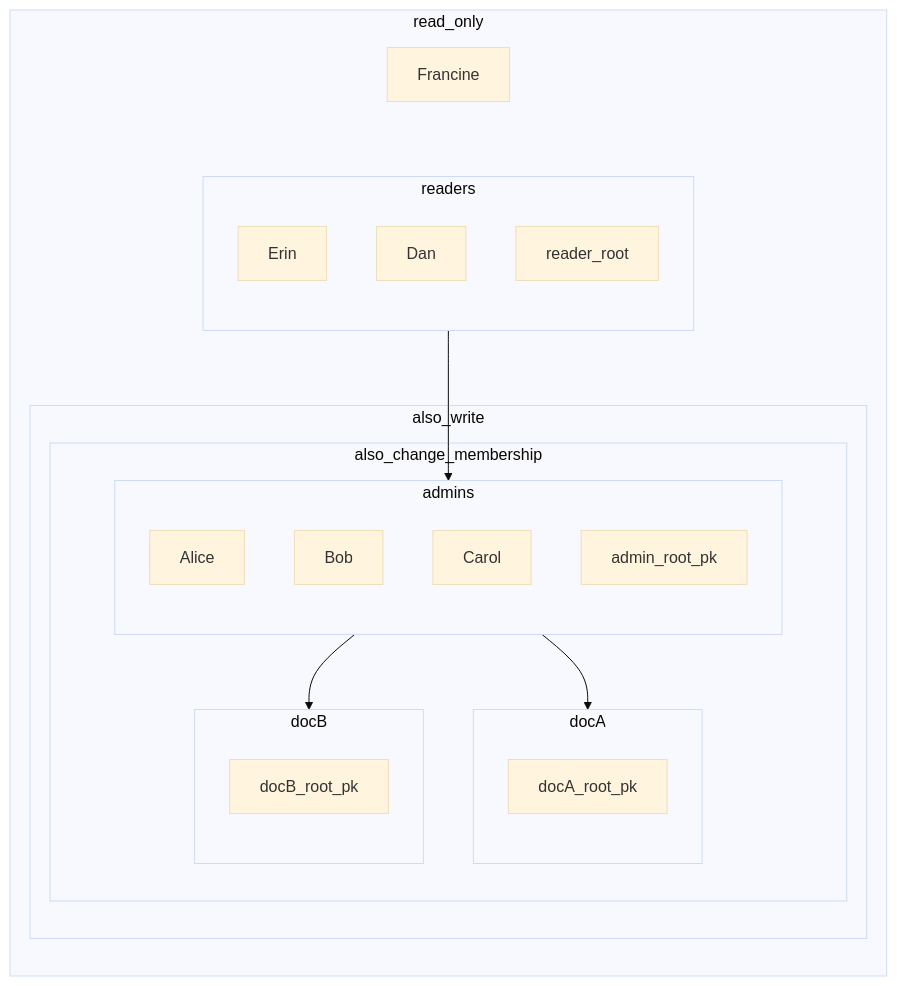
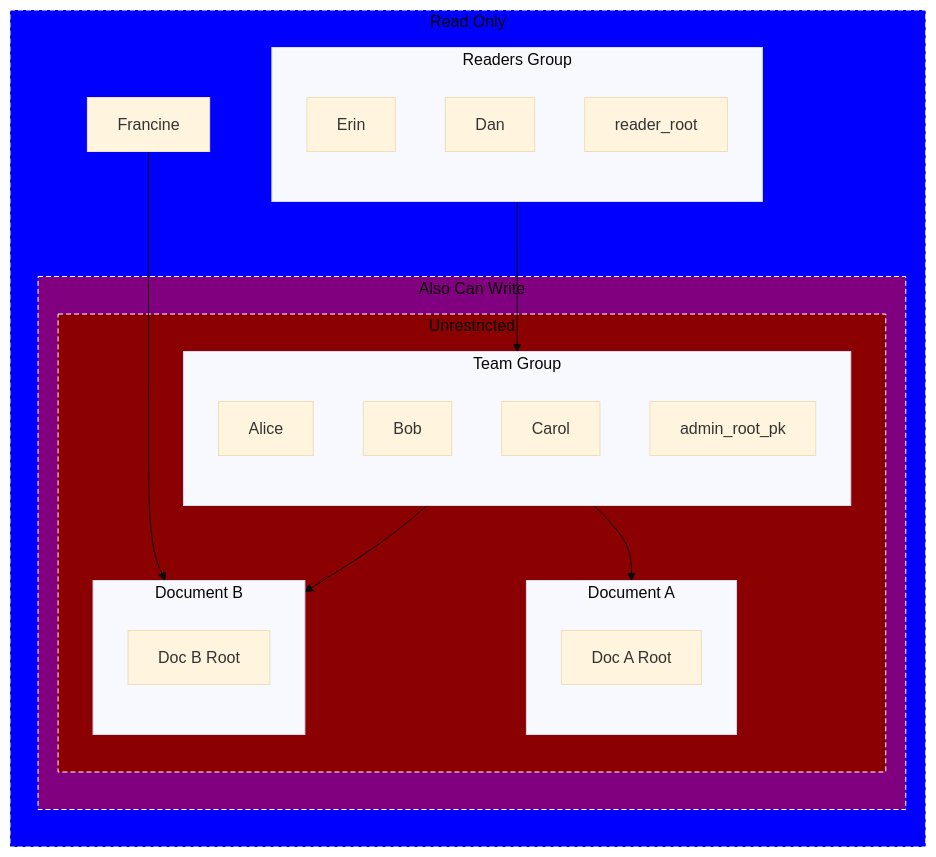
One commit to inkandswitch/keyhive changed the third of 8 diagrams in design/group_membership.md. Above: the diagram before and after it, drawn with Mermaid (base theme). The commit also changed other lines of this file, not shown here.

Commit message:
Now with more colour

````diff
--- a/design/group_membership.md
+++ b/design/group_membership.md
@@ -76,49 +76,53 @@
 ```mermaid
 flowchart TB
-    subgraph read_only
+    subgraph read_only[Read Only]
         direction TB
 
-        subgraph readers
+        subgraph readers[Readers Group]
             direction TB
 
             Erin
             Dan
 
             reader_root
         end
 
         Francine
 
-        subgraph also_write
-            subgraph also_change_membership
-                subgraph admins
+        subgraph also_write[Also Can Write]
+            subgraph also_change_membership[Unrestricted]
+                subgraph admins[Team Group]
                     direction TB
 
                     Alice
                     Bob
                     Carol
 
                     admin_root_pk
                 end
 
-                subgraph docA
+                subgraph docA[Document A]
                     direction TB
 
-                    docA_root_pk
+                    docA_root_pk[Doc A Root]
                 end
 
-                subgraph docB
+                subgraph docB[Document B]
                     direction TB
 
-                    docB_root_pk
+                    docB_root_pk[Doc B Root]
                 end
             end
         end
     end
 
     admins --> docA
     admins --> docB
 
-    Francine ~~~ readers
+    Francine ---> docB
     readers --> admins
+
+    style read_only fill:blue,stroke:#FFF,stroke-width:1px,stroke-dasharray: 5 3;;
+    style also_write fill:purple,stroke:#FFF,stroke-width:1px,stroke-dasharray: 5 3;
+    style also_change_membership fill:darkred,stroke:#FFF,stroke-width:1px,stroke-dasharray: 5 3;
 ```
````
